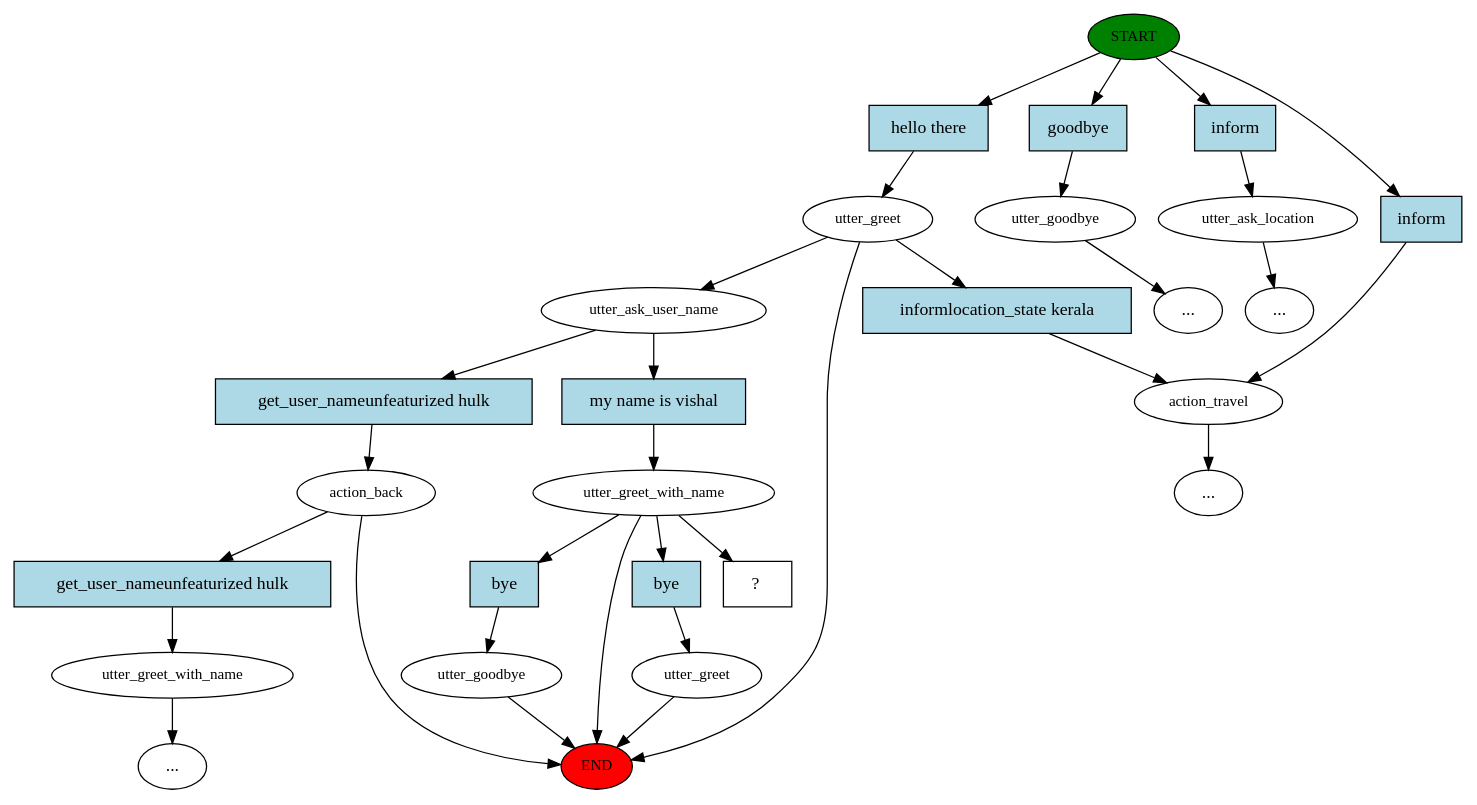
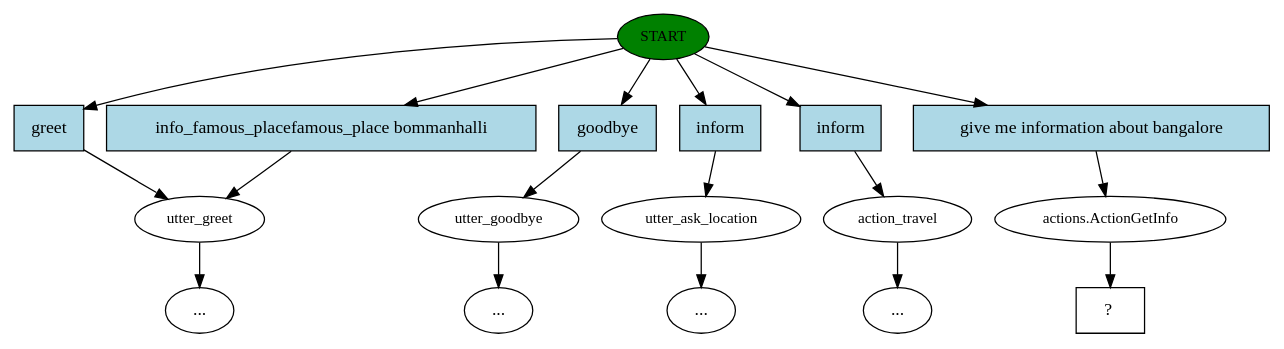
The diagram in workingCode_updated_version/story_graph.dot (CYPHR2/Travel_Chat_Bot), drawn with Graphviz before and after one commit. The commit also changed 111 other files, not shown here.

```diff
--- a/workingCode_updated_version/story_graph.dot
+++ b/workingCode_updated_version/story_graph.dot
@@ -1,60 +1,36 @@
 digraph  {
 0 [class="start active", fillcolor=green, fontsize=12, label=START, style=filled];
-"-1" [class=end, fillcolor=red, fontsize=12, label=END, style=filled];
-1 [class=active, fontsize=12, label=utter_greet];
-2 [class=active, fontsize=12, label=utter_ask_user_name];
-3 [class="", fontsize=12, label=action_back];
-8 [class="", fontsize=12, label=utter_goodbye];
-"-3" [class=ellipsis, label="..."];
-9 [class="", fontsize=12, label=utter_ask_location];
-"-4" [class=ellipsis, label="..."];
-10 [class="", fontsize=12, label=action_travel];
+1 [class="", fontsize=12, label=utter_greet];
+4 [class="", fontsize=12, label=utter_goodbye];
 "-6" [class=ellipsis, label="..."];
-15 [class=active, fontsize=12, label=utter_greet_with_name];
-16 [class="", fontsize=12, label=utter_greet];
-20 [class="", fontsize=12, label=utter_goodbye];
-27 [class="", fontsize=12, label=utter_greet_with_name];
+5 [class="", fontsize=12, label=utter_ask_location];
 "-7" [class=ellipsis, label="..."];
-34 [class="intent dashed active", label="  ?  ", shape=rect];
-35 [class="intent active", fillcolor=lightblue, label="hello there", shape=rect, style=filled];
-36 [class=intent, fillcolor=lightblue, label=goodbye, shape=rect, style=filled];
-37 [class=intent, fillcolor=lightblue, label=inform, shape=rect, style=filled];
-38 [class=intent, fillcolor=lightblue, label=inform, shape=rect, style=filled];
-39 [class=intent, fillcolor=lightblue, label="informlocation_state kerala", shape=rect, style=filled];
-40 [class=intent, fillcolor=lightblue, label="get_user_nameunfeaturized hulk", shape=rect, style=filled];
-41 [class="intent active", fillcolor=lightblue, label="my name is vishal", shape=rect, style=filled];
-42 [class=intent, fillcolor=lightblue, label="get_user_nameunfeaturized hulk", shape=rect, style=filled];
-43 [class=intent, fillcolor=lightblue, label=bye, shape=rect, style=filled];
-44 [class=intent, fillcolor=lightblue, label=bye, shape=rect, style=filled];
-0 -> 35  [class=active, key=0];
-0 -> 36  [class="", key=0];
-0 -> 37  [class="", key=0];
-0 -> 38  [class="", key=0];
-1 -> 2  [class=active, key=NONE, label=""];
-1 -> "-1"  [class="", key=NONE, label=""];
-1 -> 39  [class="", key=0];
-2 -> 40  [class="", key=0];
-2 -> 41  [class=active, key=0];
-3 -> "-1"  [class="", key=NONE, label=""];
-3 -> 42  [class="", key=0];
-8 -> "-3"  [class="", key=NONE, label=""];
-9 -> "-4"  [class="", key=NONE, label=""];
-10 -> "-6"  [class="", key=NONE, label=""];
-15 -> "-1"  [class="", key=NONE, label=""];
-15 -> 34  [class=active, key=NONE, label=""];
-15 -> 43  [class="", key=0];
-15 -> 44  [class="", key=0];
-16 -> "-1"  [class="", key=NONE, label=""];
-20 -> "-1"  [class="", key=NONE, label=""];
-27 -> "-7"  [class="", key=NONE, label=""];
-35 -> 1  [class=active, key=0];
-36 -> 8  [class="", key=0];
-37 -> 9  [class="", key=0];
-38 -> 10  [class="", key=0];
-39 -> 10  [class="", key=0];
-40 -> 3  [class="", key=0];
-41 -> 15  [class=active, key=0];
-42 -> 27  [class="", key=0];
-43 -> 16  [class="", key=0];
-44 -> 20  [class="", key=0];
+6 [class="", fontsize=12, label=action_travel];
+"-8" [class=ellipsis, label="..."];
+"-15" [class=ellipsis, label="..."];
+14 [class=active, fontsize=12, label="actions.ActionGetInfo"];
+15 [class="intent dashed active", label="  ?  ", shape=rect];
+16 [class=intent, fillcolor=lightblue, label=greet, shape=rect, style=filled];
+17 [class=intent, fillcolor=lightblue, label="info_famous_placefamous_place bommanhalli", shape=rect, style=filled];
+18 [class=intent, fillcolor=lightblue, label=goodbye, shape=rect, style=filled];
+19 [class=intent, fillcolor=lightblue, label=inform, shape=rect, style=filled];
+20 [class=intent, fillcolor=lightblue, label=inform, shape=rect, style=filled];
+21 [class="intent active", fillcolor=lightblue, label="give me information about bangalore", shape=rect, style=filled];
+0 -> 16  [class="", key=0];
+0 -> 17  [class="", key=0];
+0 -> 18  [class="", key=0];
+0 -> 19  [class="", key=0];
+0 -> 20  [class="", key=0];
+0 -> 21  [class=active, key=0];
+1 -> "-15"  [class="", key=NONE, label=""];
+4 -> "-6"  [class="", key=NONE, label=""];
+5 -> "-7"  [class="", key=NONE, label=""];
+6 -> "-8"  [class="", key=NONE, label=""];
+14 -> 15  [class=active, key=NONE, label=""];
+16 -> 1  [class="", key=0];
+17 -> 1  [class="", key=0];
+18 -> 4  [class="", key=0];
+19 -> 5  [class="", key=0];
+20 -> 6  [class="", key=0];
+21 -> 14  [class=active, key=0];
 }
```
